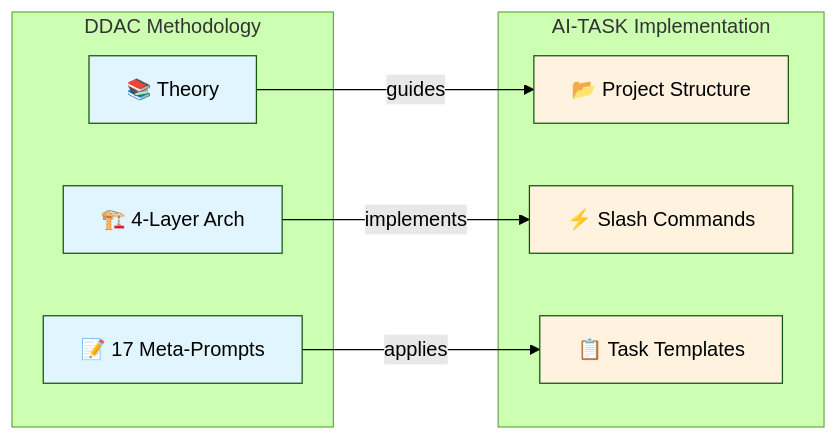
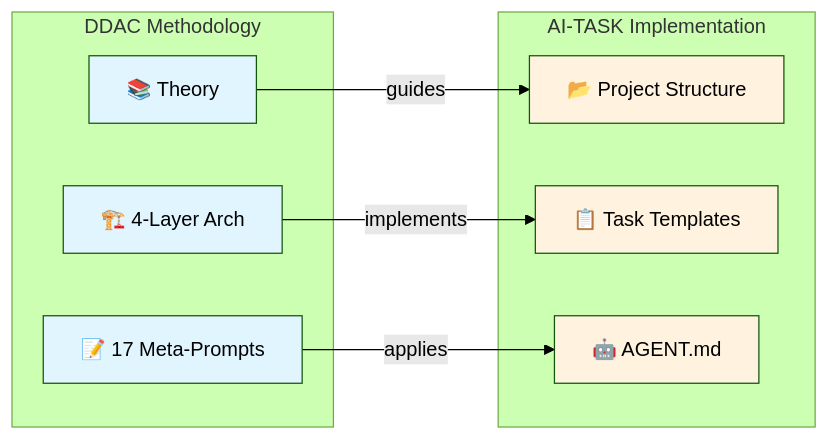
Before and after one commit to ArnoFrost/AI-TASK: the first of 2 diagrams in README_EN.md, drawn with Mermaid (forest theme). The commit also changed other lines of this file and 3 other files, not shown here.

````diff
--- a/README_EN.md
+++ b/README_EN.md
@@ -67,25 +68,25 @@
 ```mermaid
 graph LR
     subgraph "DDAC Methodology"
         D1[📚 Theory]
         D2[🏗️ 4-Layer Arch]
         D3[📝 17 Meta-Prompts]
     end
-    
+
     subgraph "AI-TASK Implementation"
         A1[📂 Project Structure]
-        A2[⚡ Slash Commands]
-        A3[📋 Task Templates]
+        A2[📋 Task Templates]
+        A3[🤖 AGENT.md]
     end
-    
+
     D1 -->|guides| A1
     D2 -->|implements| A2
     D3 -->|applies| A3
-    
+
     style D1 fill:#e1f5fe
     style D2 fill:#e1f5fe
     style D3 fill:#e1f5fe
     style A1 fill:#fff3e0
     style A2 fill:#fff3e0
     style A3 fill:#fff3e0
 ```
````
